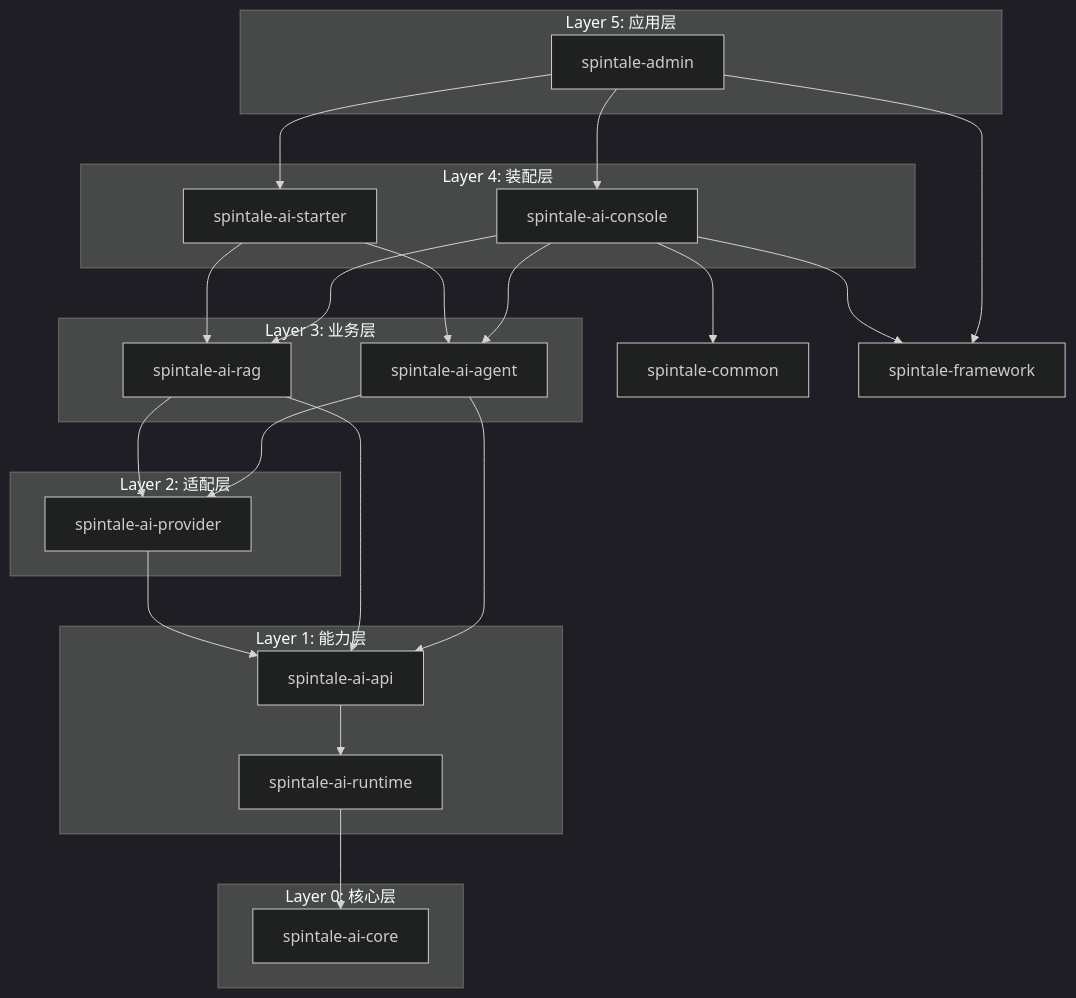
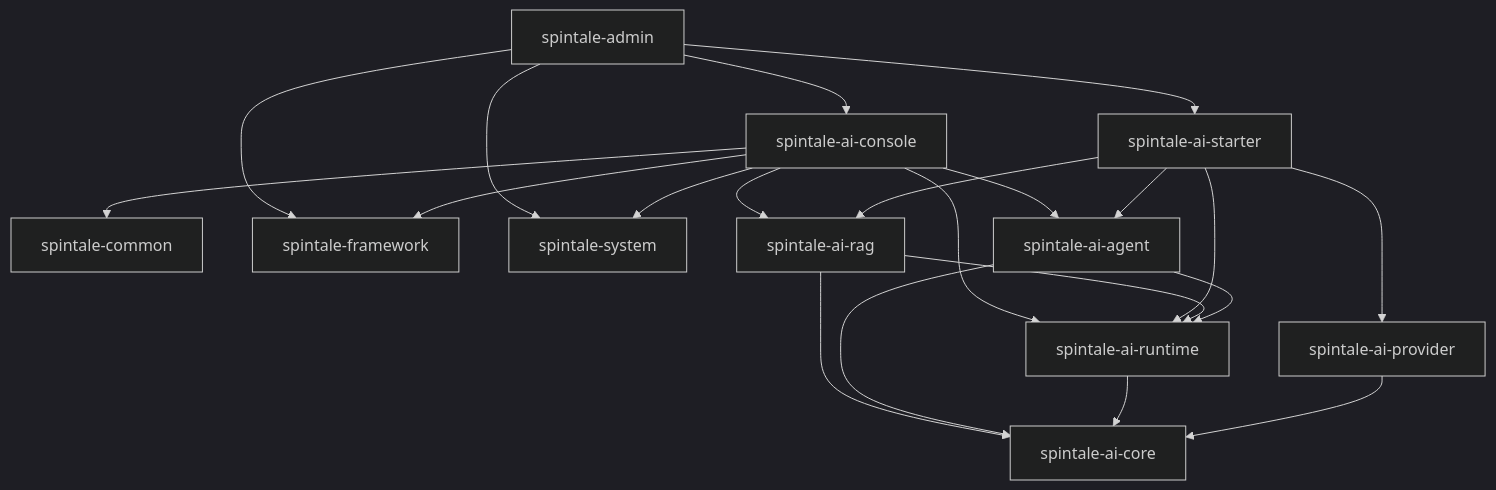
Before and after one commit to quoteZZZ/SpinTale: the diagram in docs/AI_PROPOSAL.md, drawn with Mermaid (dark theme). The commit also changed other lines of this file, not shown here.

````diff
--- a/docs/AI_PROPOSAL.md
+++ b/docs/AI_PROPOSAL.md
@@ -668,49 +171,41 @@
 ```mermaid
 flowchart TB
-    subgraph Layer0["Layer 0: 核心层"]
-        CORE["spintale-ai-core"]
-    end
-    
-    subgraph Layer1["Layer 1: 能力层"]
-        RUNTIME["spintale-ai-runtime"]
-        API["spintale-ai-api"]
-    end
-    
-    subgraph Layer2["Layer 2: 适配层"]
-        PROVIDER["spintale-ai-provider"]
-    end
-    
-    subgraph Layer3["Layer 3: 业务层"]
-        RAG["spintale-ai-rag"]
-        AGENT["spintale-ai-agent"]
-    end
-    
-    subgraph Layer4["Layer 4: 装配层"]
-        STARTER["spintale-ai-starter"]
-        CONSOLE["spintale-ai-console"]
-    end
-    
-    subgraph Layer5["Layer 5: 应用层"]
-        ADMIN["spintale-admin"]
-    end
-    
-    RUNTIME --> CORE
-    API --> RUNTIME
-    PROVIDER --> API
-    
-    RAG --> API
-    RAG --> PROVIDER
-    AGENT --> API
-    AGENT --> PROVIDER
-    
+    ADMIN["spintale-admin"]
+    COMMON["spintale-common"]
+    FRAMEWORK["spintale-framework"]
+    SYSTEM["spintale-system"]
+
+    CONSOLE["spintale-ai-console"]
+    STARTER["spintale-ai-starter"]
+    RAG["spintale-ai-rag"]
+    AGENT["spintale-ai-agent"]
+    PROVIDER["spintale-ai-provider"]
+    RUNTIME["spintale-ai-runtime"]
+    CORE["spintale-ai-core"]
+
+    ADMIN --> STARTER
+    ADMIN --> CONSOLE
+    ADMIN --> FRAMEWORK
+    ADMIN --> SYSTEM
+
+    CONSOLE --> COMMON
+    CONSOLE --> FRAMEWORK
+    CONSOLE --> SYSTEM
+    CONSOLE --> RUNTIME
+    CONSOLE --> RAG
+    CONSOLE --> AGENT
+
+    STARTER --> RUNTIME
+    STARTER --> PROVIDER
     STARTER --> RAG
     STARTER --> AGENT
-    CONSOLE --> RAG
-    CONSOLE --> AGENT
-    CONSOLE --> COMMON["spintale-common"]
-    CONSOLE --> FRAMEWORK["spintale-framework"]
-    
-    ADMIN --> FRAMEWORK
-    ADMIN --> STARTER
-    ADMIN --> CONSOLE
+
+    RAG --> RUNTIME
+    RAG --> CORE
+
+    AGENT --> RUNTIME
+    AGENT --> CORE
+
+    RUNTIME --> CORE
+    PROVIDER --> CORE
 ```
````
